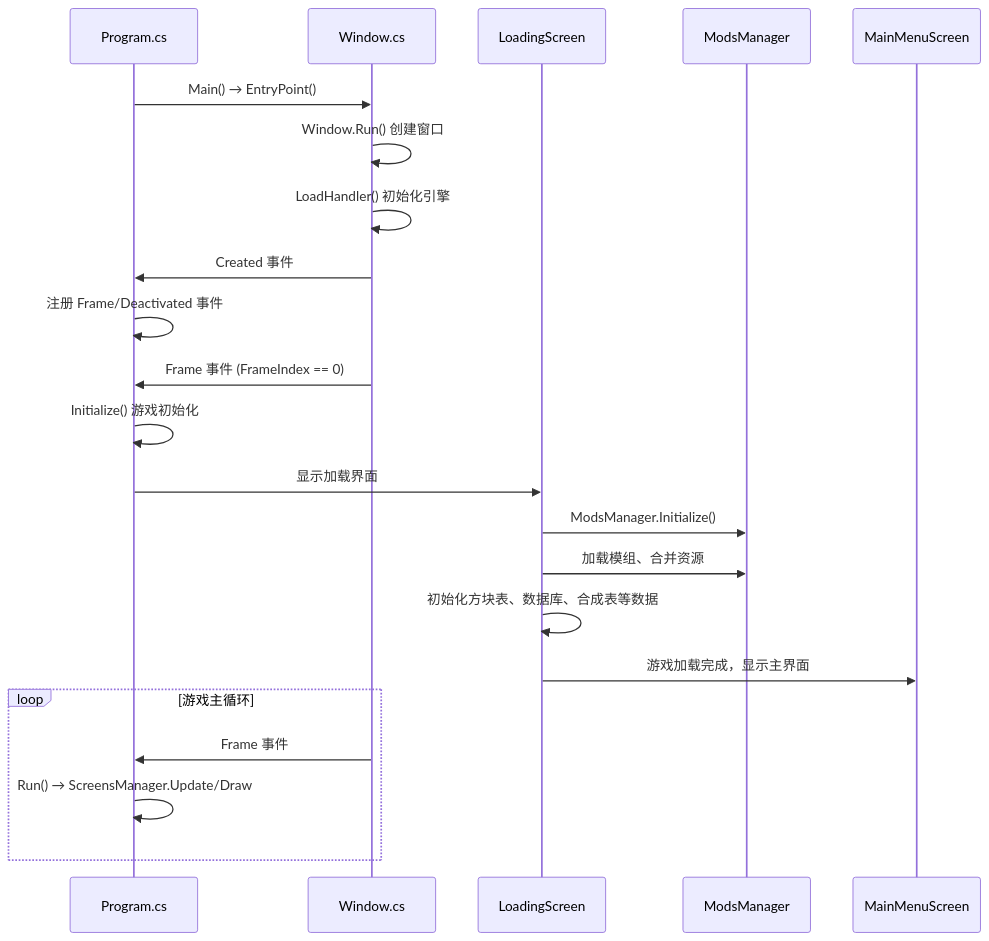
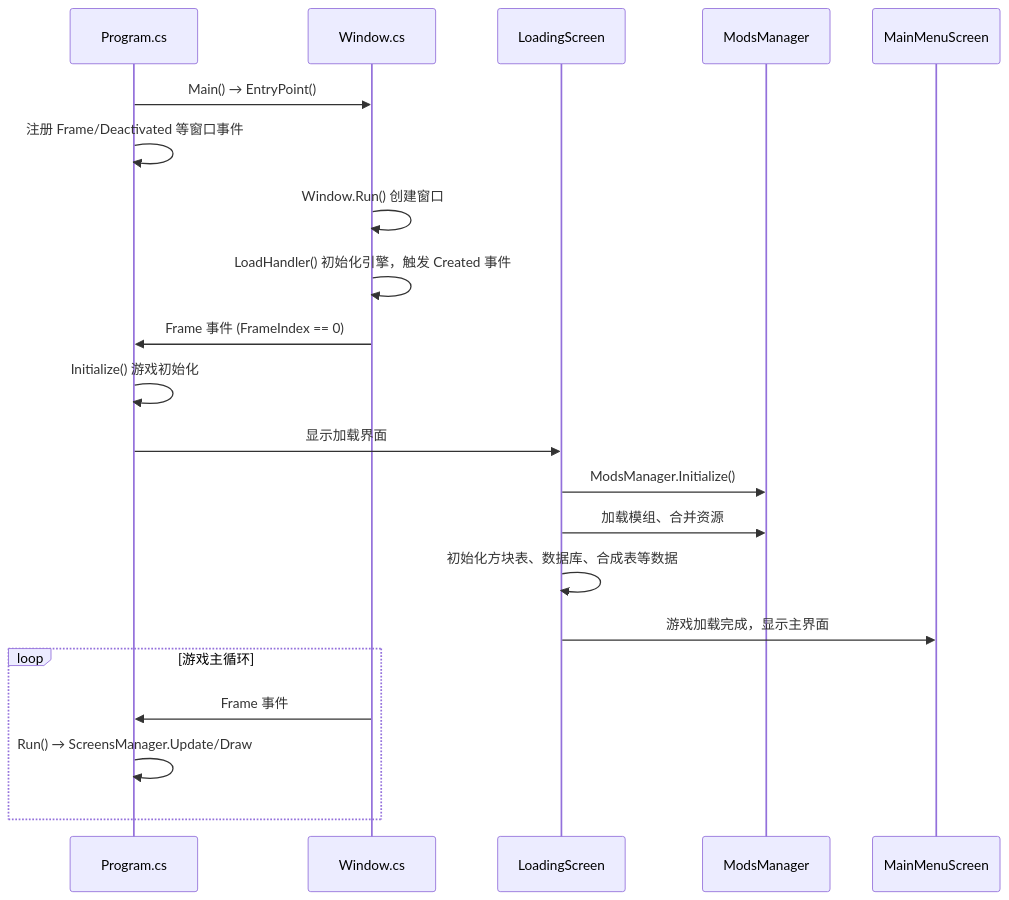
One commit to Error-Zhang/survivalcraft-lan changed the second of 4 diagrams in docs/Architecture.md. Above: the diagram before and after it, drawn with Mermaid. The commit also changed other lines of this file, not shown here.

First line of the commit message:
docs(architecture): 修正架构文档审查发现的错误

````diff
--- a/docs/Architecture.md
+++ b/docs/Architecture.md
@@ -106,25 +108,24 @@
 ```mermaid
 sequenceDiagram
     participant P as Program.cs
     participant W as Window.cs
     participant L as LoadingScreen
     participant MM as ModsManager
     participant MS as MainMenuScreen
 
     P->>W: Main() → EntryPoint()
+    P->>P: 注册 Frame/Deactivated 等窗口事件
     W->>W: Window.Run() 创建窗口
-    W->>W: LoadHandler() 初始化引擎
-    W->>P: Created 事件
-    P->>P: 注册 Frame/Deactivated 事件
+    W->>W: LoadHandler() 初始化引擎，触发 Created 事件
     W->>P: Frame 事件 (FrameIndex == 0)
     P->>P: Initialize() 游戏初始化
     P->>L: 显示加载界面
     L->>MM: ModsManager.Initialize()
     L->>MM: 加载模组、合并资源
     L->>L: 初始化方块表、数据库、合成表等数据
     L->>MS: 游戏加载完成，显示主界面
     loop 游戏主循环
         W->>P: Frame 事件
         P->>P: Run() → ScreensManager.Update/Draw
     end
 ```
````
